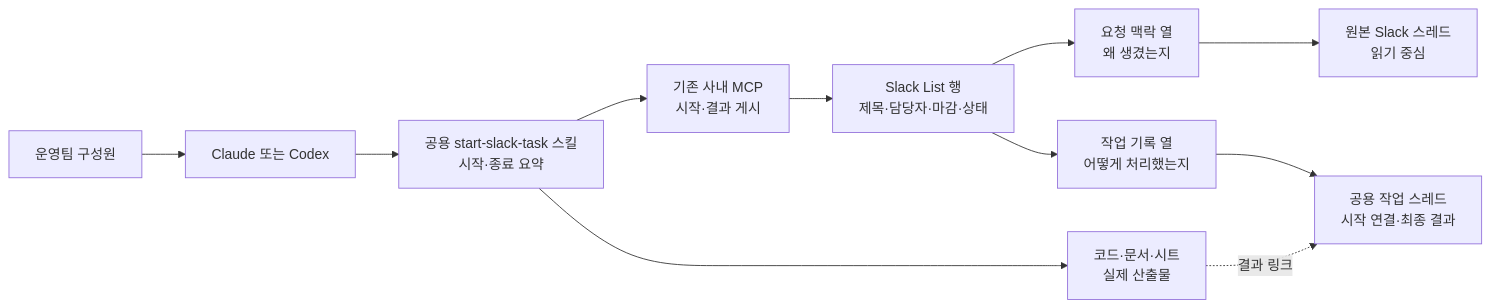
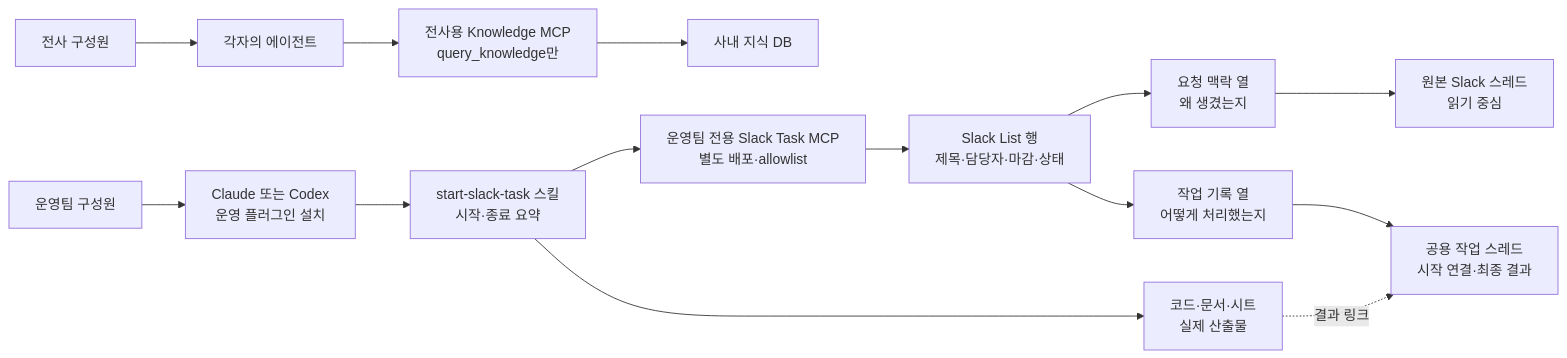
The first of 2 diagrams in docs/slack-list-task-thread-design.md (team-monolith-product/tmn-workflow-automation), drawn with Mermaid before and after one commit. The commit also changed other lines of this file and 12 other files, not shown here.

Commit message:
refactor: split operations task MCP from knowledge

````diff
--- a/docs/slack-list-task-thread-design.md
+++ b/docs/slack-list-task-thread-design.md
@@ -31,13 +33,17 @@
 ```mermaid
 flowchart LR
-    U["운영팀 구성원"] --> A["Claude 또는 Codex"]
-    A --> S["공용 start-slack-task 스킬<br/>시작·종료 요약"]
-    S --> M["기존 사내 MCP<br/>시작·결과 게시"]
+    E["전사 구성원"] --> EA["각자의 에이전트"]
+    EA --> KM["전사용 Knowledge MCP<br/>query_knowledge만"]
+    KM --> KD["사내 지식 DB"]
+
+    U["운영팀 구성원"] --> A["Claude 또는 Codex<br/>운영 플러그인 설치"]
+    A --> S["start-slack-task 스킬<br/>시작·종료 요약"]
+    S --> M["운영팀 전용 Slack Task MCP<br/>별도 배포·allowlist"]
     M --> L["Slack List 행<br/>제목·담당자·마감·상태"]
     L --> C["요청 맥락 열<br/>왜 생겼는지"]
     L --> W["작업 기록 열<br/>어떻게 처리했는지"]
     C --> CT["원본 Slack 스레드<br/>읽기 중심"]
     W --> WT["공용 작업 스레드<br/>시작 연결·최종 결과"]
     S --> O["코드·문서·시트<br/>실제 산출물"]
     O -. "결과 링크" .-> WT
 ```
````
